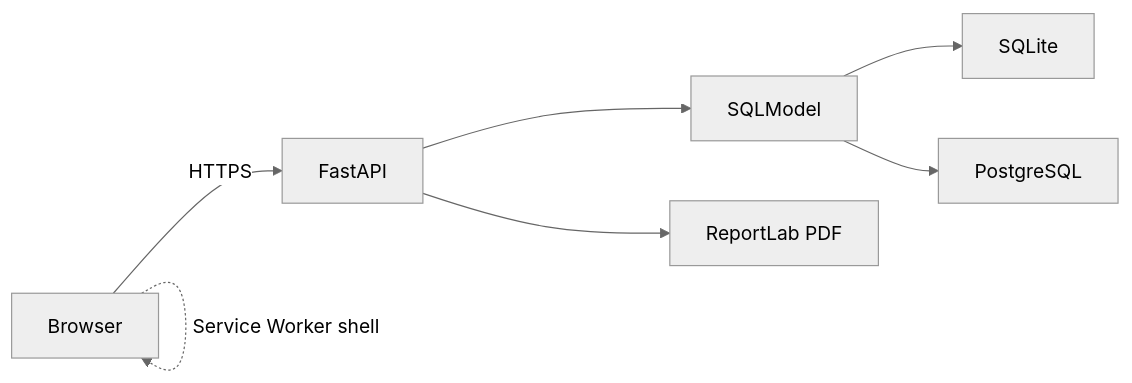
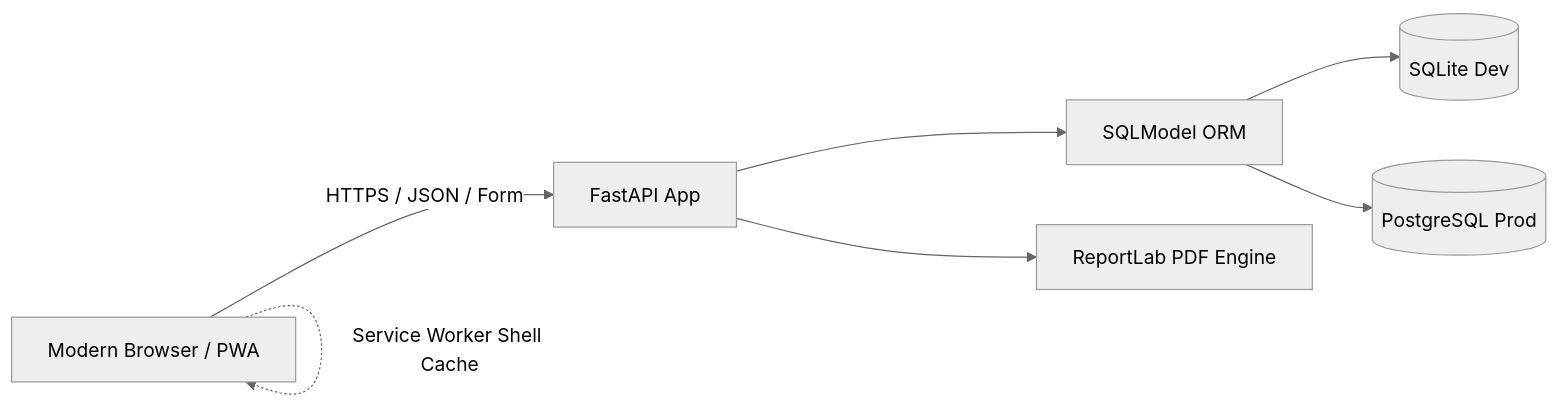
One commit to arafatsheikh098/ShopDesk changed the diagram in README.md. Above: the diagram before and after it, drawn with Mermaid (neutral theme). The commit also changed other lines of this file and 27 other files, not shown here.

````diff
--- a/README.md
+++ b/README.md
@@ -20,10 +82,10 @@
 ```mermaid
 graph LR
-  Browser -->|HTTPS| FastAPI
-  FastAPI --> SQLModel
-  SQLModel --> SQLite
-  SQLModel --> PostgreSQL
-  FastAPI --> Reportlab[ReportLab PDF]
-  Browser -.->|IndexedDB queue| Browser
-  Browser -.->|Service Worker shell| Browser
+  Browser[Modern Browser / PWA] -->|HTTPS / JSON / Form| FastAPI[FastAPI App]
+  FastAPI --> SQLModel[SQLModel ORM]
+  SQLModel --> SQLite[(SQLite Dev)]
+  SQLModel --> PostgreSQL[(PostgreSQL Prod)]
+  FastAPI --> Reportlab[ReportLab PDF Engine]
+  Browser -.->|IndexedDB Queue| Browser
+  Browser -.->|Service Worker Shell Cache| Browser
 ```
````
